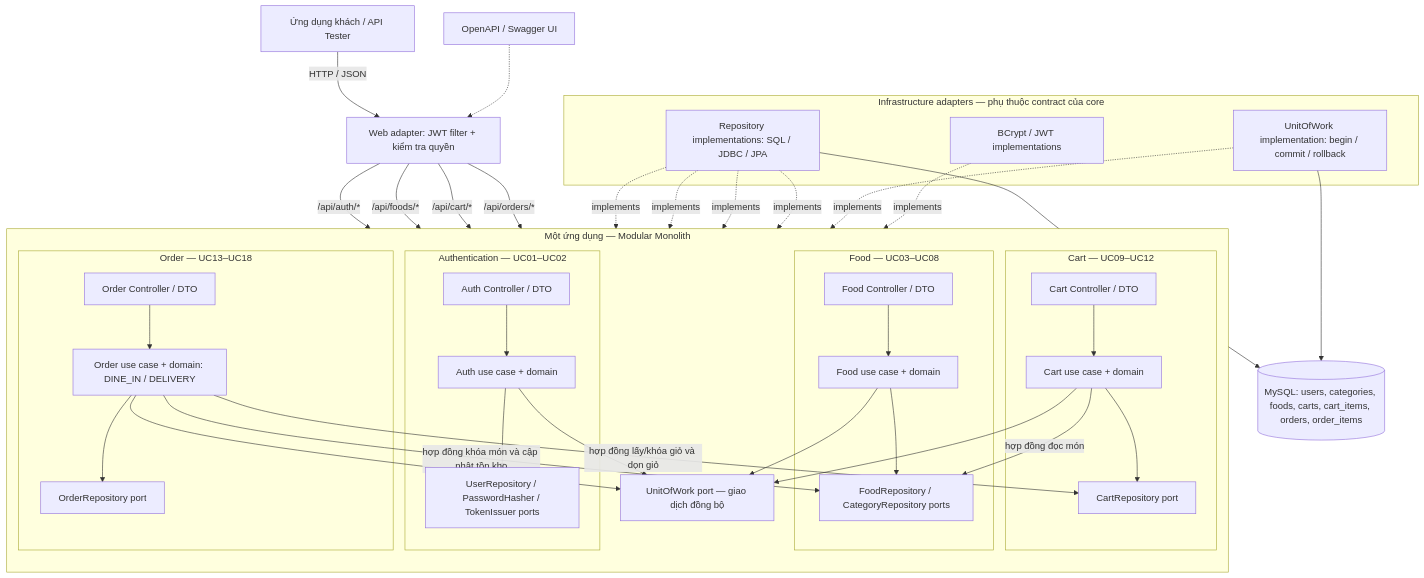
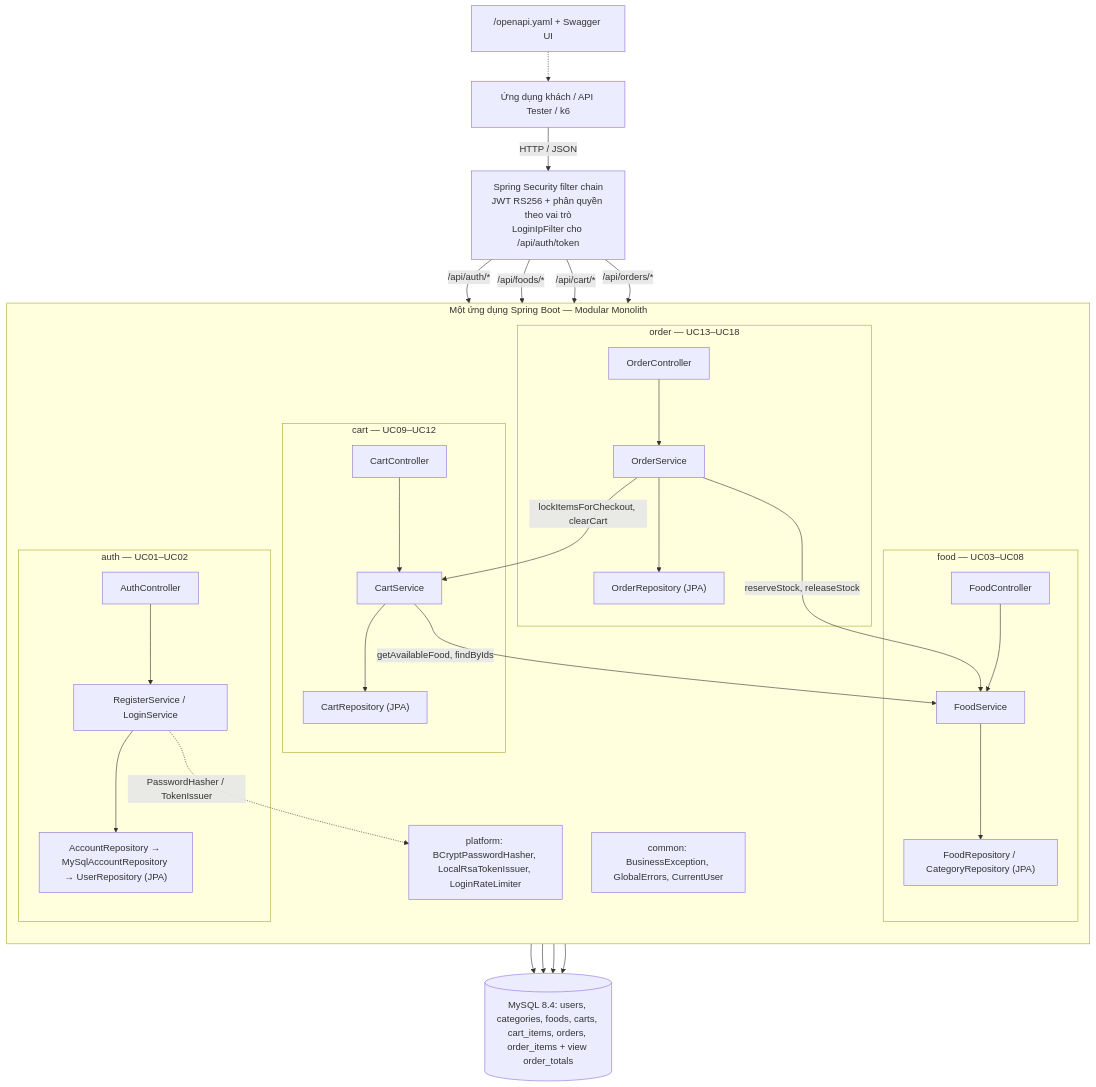
One commit to maaL6/ByteMe changed the first of 4 diagrams in docs/architecture-single-restaurant.md. Above: the diagram before and after it, drawn with Mermaid. The commit also changed other lines of this file and 40 other files, not shown here.

````diff
--- a/docs/architecture-single-restaurant.md
+++ b/docs/architecture-single-restaurant.md
@@ -22,64 +34,54 @@
 ```mermaid
 flowchart TB
-    Client["Ứng dụng khách / API Tester"]
-    Security["Web adapter: JWT filter + kiểm tra quyền"]
-    Docs["OpenAPI / Swagger UI"]
+    Client["Ứng dụng khách / API Tester / k6"]
+    Docs["/openapi.yaml + Swagger UI"]
     Client -->|"HTTP / JSON"| Security
-    Docs -.-> Security
+    Docs -.-> Client
 
-    subgraph App["Một ứng dụng — Modular Monolith"]
+    Security["Spring Security filter chain<br/>JWT RS256 + phân quyền theo vai trò<br/>LoginIpFilter cho /api/auth/token"]
+
+    subgraph App["Một ứng dụng Spring Boot — Modular Monolith"]
         direction TB
-        subgraph Auth["Authentication — UC01–UC02"]
-            AuthAPI["Auth Controller / DTO"]
-            AuthCore["Auth use case + domain"]
-            AuthPorts["UserRepository / PasswordHasher / TokenIssuer ports"]
-            AuthAPI --> AuthCore --> AuthPorts
+        subgraph Auth["auth — UC01–UC02"]
+            AuthAPI["AuthController"]
+            AuthCore["RegisterService / LoginService"]
+            AuthRepo["AccountRepository → MySqlAccountRepository → UserRepository (JPA)"]
+            AuthAPI --> AuthCore --> AuthRepo
         end
-        subgraph Food["Food — UC03–UC08"]
-            FoodAPI["Food Controller / DTO"]
-            FoodCore["Food use case + domain"]
-            FoodPorts["FoodRepository / CategoryRepository ports"]
-            FoodAPI --> FoodCore --> FoodPorts
+        subgraph Food["food — UC03–UC08"]
+            FoodAPI["FoodController"]
+            FoodCore["FoodService"]
+            FoodRepo["FoodRepository / CategoryRepository (JPA)"]
+            FoodAPI --> FoodCore --> FoodRepo
         end
-        subgraph Cart["Cart — UC09–UC12"]
-            CartAPI["Cart Controller / DTO"]
-            CartCore["Cart use case + domain"]
-            CartPorts["CartRepository port"]
-            CartAPI --> CartCore --> CartPorts
+        subgraph Cart["cart — UC09–UC12"]
+            CartAPI["CartController"]
+            CartCore["CartService"]
+            CartRepo["CartRepository (JPA)"]
+            CartAPI --> CartCore --> CartRepo
         end
-        subgraph Order["Order — UC13–UC18"]
-            OrderAPI["Order Controller / DTO"]
-            OrderCore["Order use case + domain: DINE_IN / DELIVERY"]
-            OrderPorts["OrderRepository port"]
-            OrderAPI --> OrderCore --> OrderPorts
+        subgraph Order["order — UC13–UC18"]
+            OrderAPI["OrderController"]
+            OrderCore["OrderService"]
+            OrderRepo["OrderRepository (JPA)"]
+            OrderAPI --> OrderCore --> OrderRepo
         end
-        UOW["UnitOfWork port — giao dịch đồng bộ"]
-        AuthCore --> UOW
-        FoodCore --> UOW
-        CartCore --> UOW
-        OrderCore --> UOW
-        OrderCore -->|"hợp đồng lấy/khóa giỏ và dọn giỏ"| CartPorts
-        OrderCore -->|"hợp đồng khóa món và cập nhật tồn kho"| FoodPorts
-        CartCore -->|"hợp đồng đọc món"| FoodPorts
+        Platform["platform: BCryptPasswordHasher, LocalRsaTokenIssuer, LoginRateLimiter"]
+        Common["common: BusinessException, GlobalErrors, CurrentUser"]
+        AuthCore -.->|"PasswordHasher / TokenIssuer"| Platform
+        CartCore -->|"getAvailableFood, findByIds"| FoodCore
+        OrderCore -->|"lockItemsForCheckout, clearCart"| CartCore
+        OrderCore -->|"reserveStock, releaseStock"| FoodCore
     end
 
     Security -->|"/api/auth/*"| AuthAPI
     Security -->|"/api/foods/*"| FoodAPI
     Security -->|"/api/cart/*"| CartAPI
     Security -->|"/api/orders/*"| OrderAPI
 
-    subgraph Infra["Infrastructure adapters — phụ thuộc contract của core"]
-        Persistence["Repository implementations: SQL / JDBC / JPA"]
-        Transaction["UnitOfWork implementation: begin / commit / rollback"]
-        Crypto["BCrypt / JWT implementations"]
-    end
-    Persistence -.->|"implements"| AuthPorts
-    Persistence -.->|"implements"| FoodPorts
-    Persistence -.->|"implements"| CartPorts
-    Persistence -.->|"implements"| OrderPorts
-    Transaction -.->|"implements"| UOW
-    Crypto -.->|"implements"| AuthPorts
-    DB[("MySQL: users, categories, foods, carts, cart_items, orders, order_items")]
-    Persistence --> DB
-    Transaction --> DB
+    DB[("MySQL 8.4: users, categories, foods, carts, cart_items, orders, order_items + view order_totals")]
+    AuthRepo --> DB
+    FoodRepo --> DB
+    CartRepo --> DB
+    OrderRepo --> DB
 ```
````
